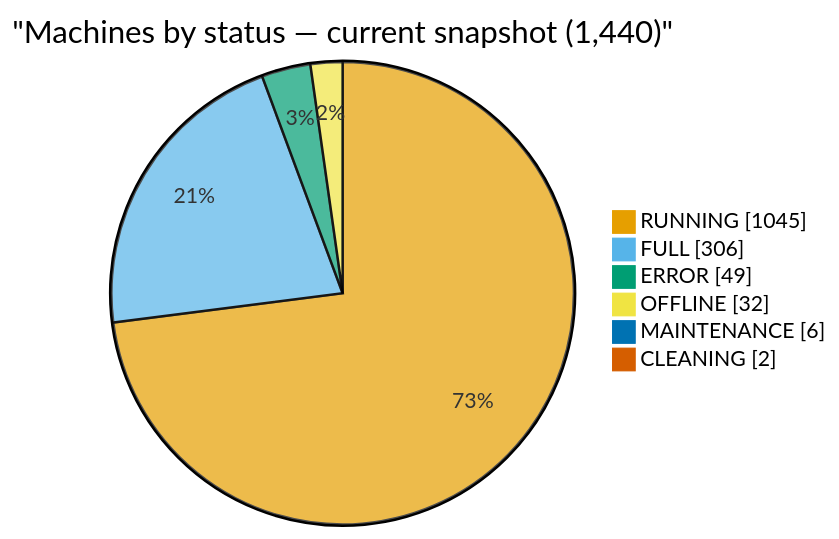
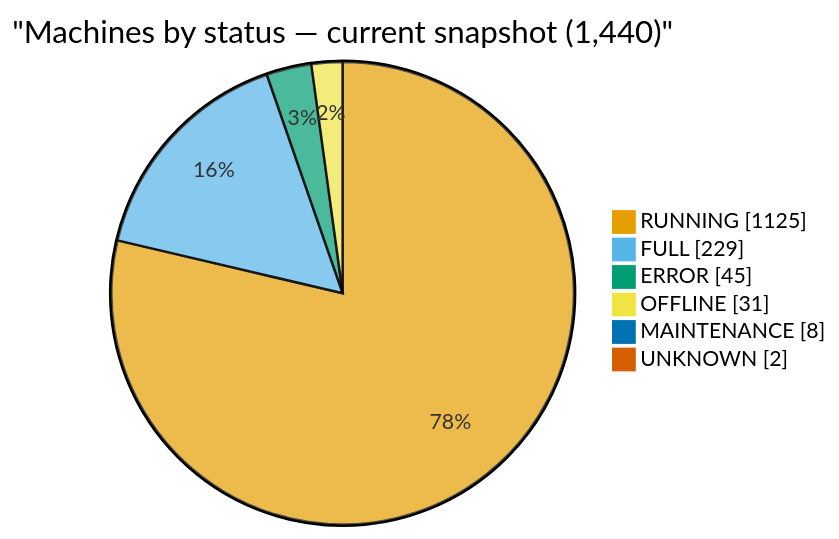
The first of 5 diagrams in ANALYSIS.md (cheeaun/returnright-data), drawn with Mermaid before and after one commit. The commit also changed other lines of this file and 4 other files, not shown here.

````diff
--- a/ANALYSIS.md
+++ b/ANALYSIS.md
@@ -22,22 +22,22 @@
 ```mermaid
 ---
 config:
   themeVariables:
     pie1: "#E69F00"
     pie2: "#56B4E9"
     pie3: "#009E73"
     pie4: "#F0E442"
     pie5: "#0072B2"
     pie6: "#D55E00"
     pie7: "#CC79A7"
     pie8: "#999999"
 ---
 pie showData
     title "Machines by status — current snapshot (1,440)"
-    "RUNNING": 1045
-    "FULL": 306
-    "ERROR": 49
-    "OFFLINE": 32
-    "MAINTENANCE": 6
-    "CLEANING": 2
+    "RUNNING": 1125
+    "FULL": 229
+    "ERROR": 45
+    "OFFLINE": 31
+    "MAINTENANCE": 8
+    "UNKNOWN": 2
 ```
````
